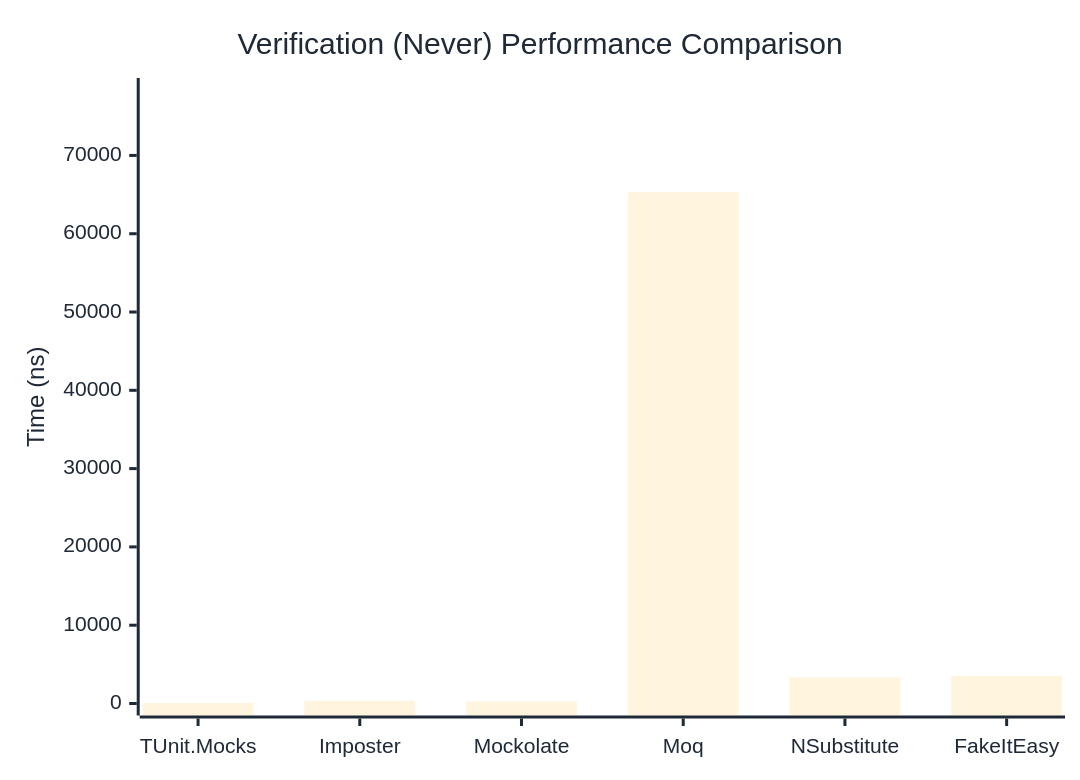
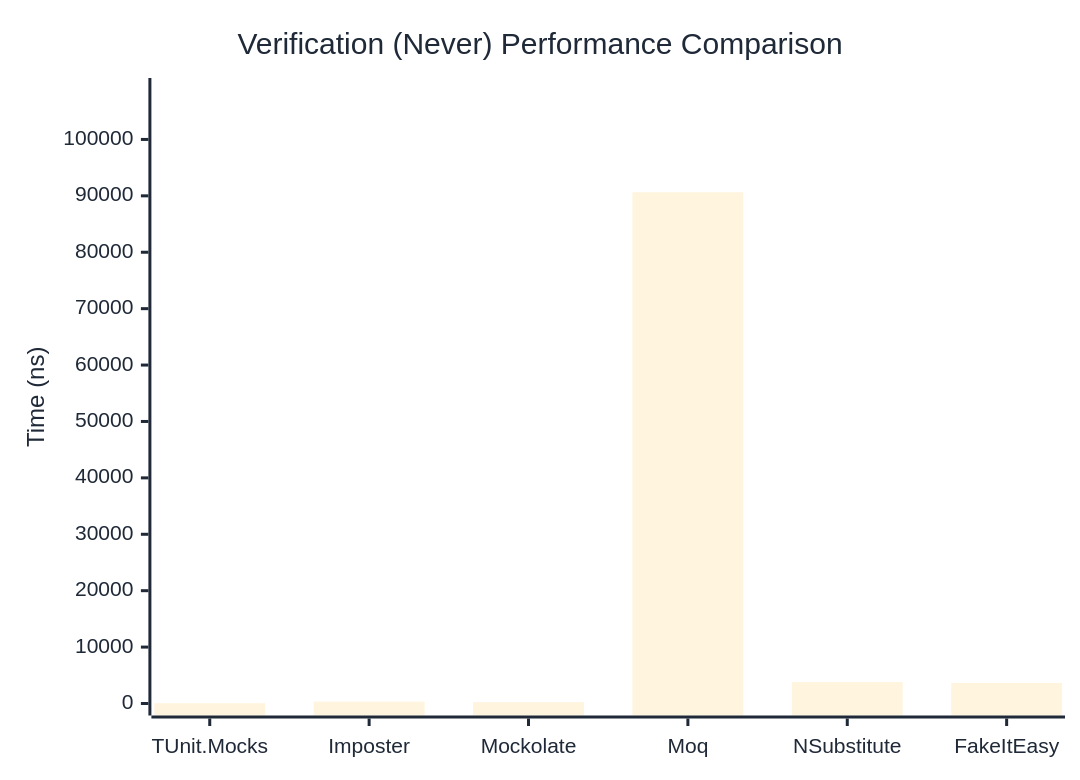
One commit to thomhurst/TUnit changed the second of 3 diagrams in docs/docs/benchmarks/mocks/Verification.md. Above: the diagram before and after it, drawn with Mermaid. The commit also changed other lines of this file and 14 other files, not shown here.

````diff
--- a/docs/docs/benchmarks/mocks/Verification.md
+++ b/docs/docs/benchmarks/mocks/Verification.md
@@ -71,27 +71,27 @@
 ```mermaid
 %%{init: {
   'theme':'base',
   'themeVariables': {
     'primaryColor': '#2563eb',
     'primaryTextColor': '#1f2937',
     'primaryBorderColor': '#1e40af',
     'lineColor': '#6b7280',
     'secondaryColor': '#7c3aed',
     'tertiaryColor': '#dc2626',
     'background': '#ffffff',
     'pie1': '#2563eb',
     'pie2': '#7c3aed',
     'pie3': '#dc2626',
     'pie4': '#f59e0b',
     'pie5': '#10b981',
     'pie6': '#06b6d4',
     'pie7': '#ec4899',
     'pie8': '#6366f1'
   }
 }}%%
 xychart-beta
   title "Verification (Never) Performance Comparison"
   x-axis ["TUnit.Mocks", "Imposter", "Mockolate", "Moq", "NSubstitute", "FakeItEasy"]
-  y-axis "Time (ns)" 0 --> 78356
-  bar [54.63, 343.11, 259, 65295.94, 3326.49, 3529.32]
+  y-axis "Time (ns)" 0 --> 108764
+  bar [53.47, 326.05, 238.57, 90636, 3787.37, 3626.97]
 ```
````
